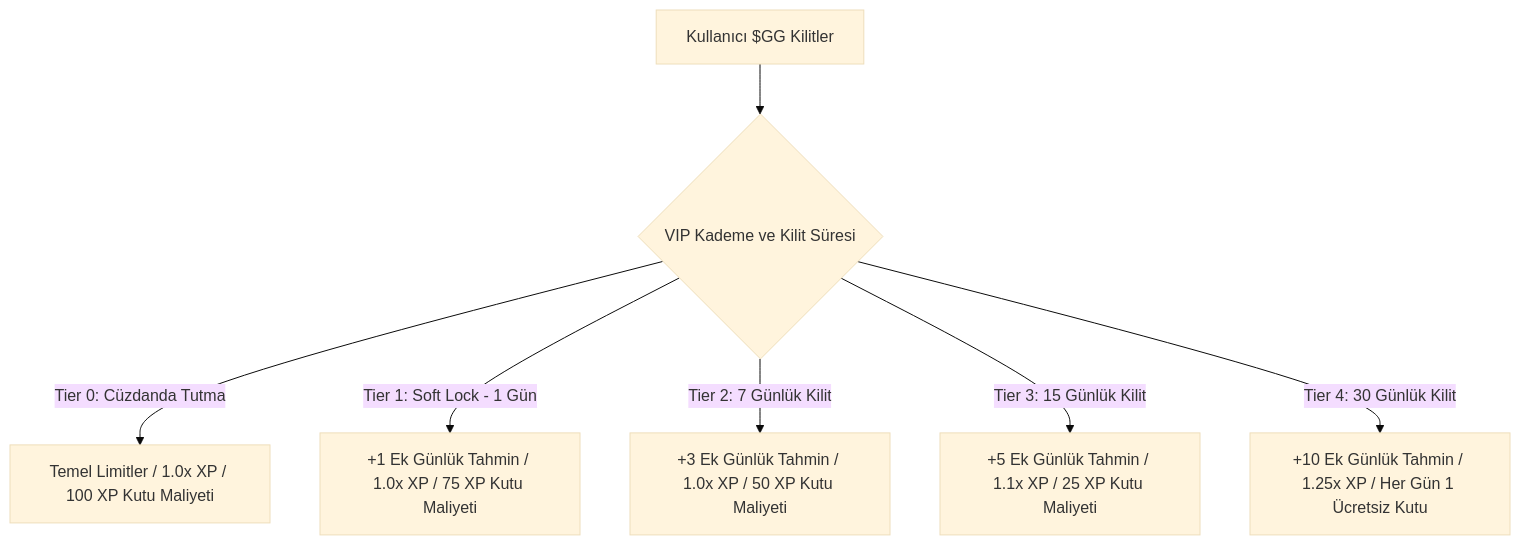
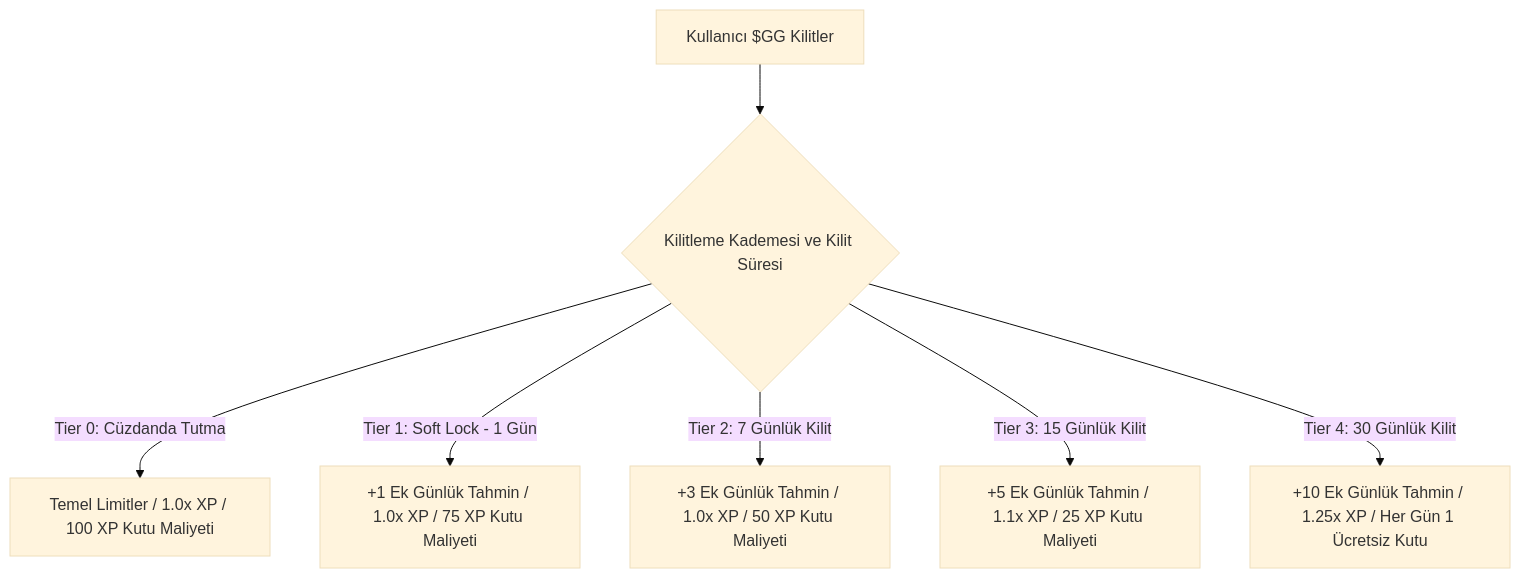
The diagram in WHITEPAPER.md (goalgolden2026-hub/Golden-Goal), drawn with Mermaid (base theme) before and after one commit. The commit also changed other lines of this file and 4 other files, not shown here.

````diff
--- a/WHITEPAPER.md
+++ b/WHITEPAPER.md
@@ -84,9 +84,9 @@
 ```mermaid
 graph TD
-    A[Kullanıcı $GG Kilitler] --> B{VIP Kademe ve Kilit Süresi}
+    A[Kullanıcı $GG Kilitler] --> B{Kilitleme Kademesi ve Kilit Süresi}
     B -->|Tier 0: Cüzdanda Tutma| C[Temel Limitler / 1.0x XP / 100 XP Kutu Maliyeti]
     B -->|Tier 1: Soft Lock - 1 Gün| D[+1 Ek Günlük Tahmin / 1.0x XP / 75 XP Kutu Maliyeti]
     B -->|Tier 2: 7 Günlük Kilit| E[+3 Ek Günlük Tahmin / 1.0x XP / 50 XP Kutu Maliyeti]
     B -->|Tier 3: 15 Günlük Kilit| F[+5 Ek Günlük Tahmin / 1.1x XP / 25 XP Kutu Maliyeti]
     B -->|Tier 4: 30 Günlük Kilit| G[+10 Ek Günlük Tahmin / 1.25x XP / Her Gün 1 Ücretsiz Kutu]
 ```
````
